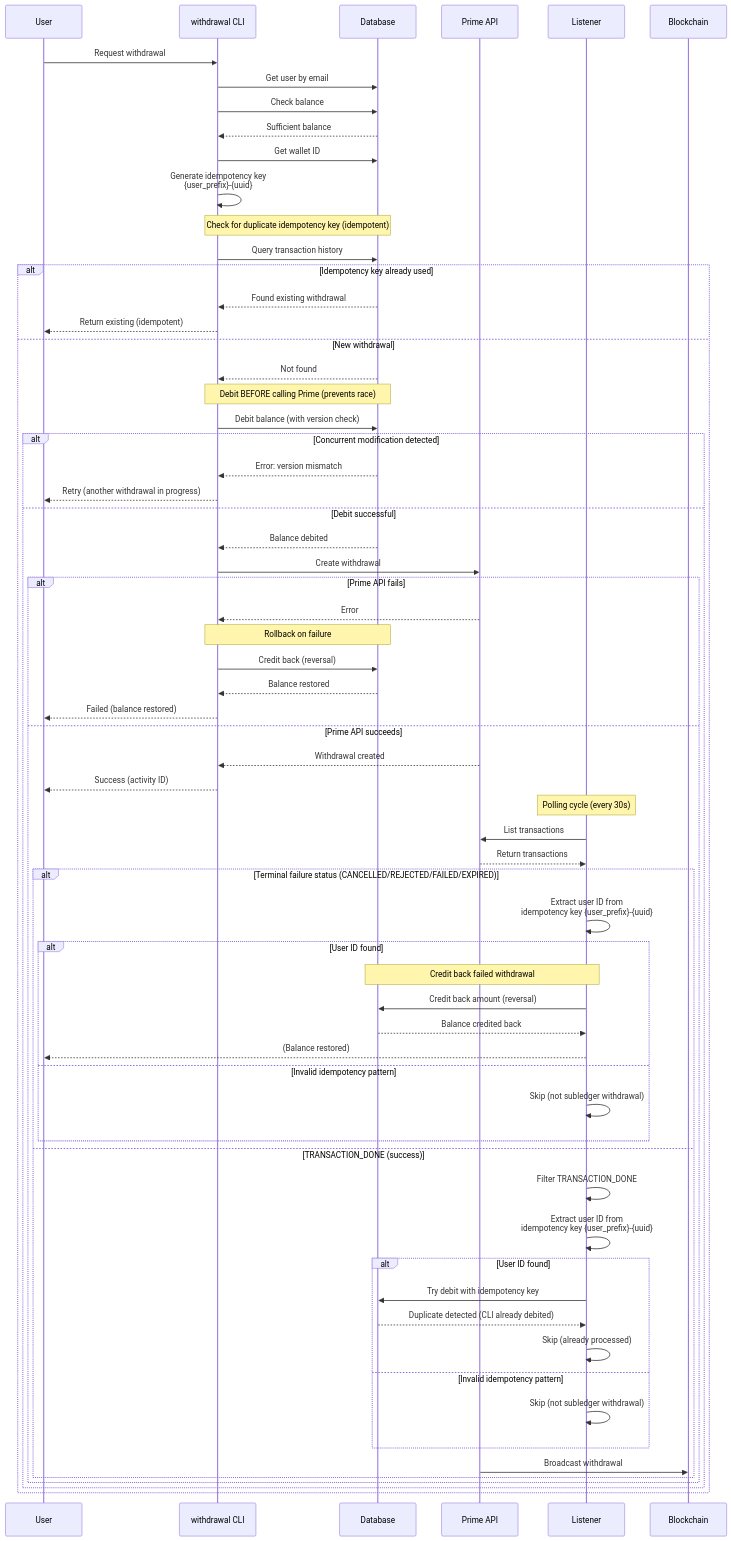
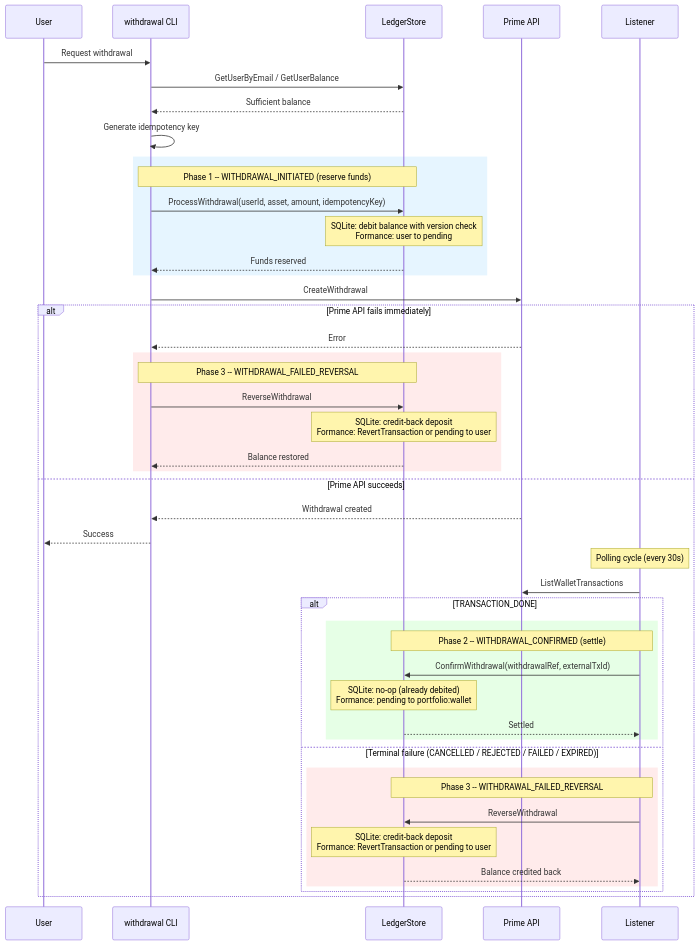
One commit to thierrycoopman/prime-send-receive-go changed the third of 5 diagrams in ARCHITECTURE.md. Above: the diagram before and after it, drawn with Mermaid. The commit also changed other lines of this file and 39 other files, not shown here.

First line of the commit message:
Enhance backend support and documentation for crypto deposit/withdrawal system

````diff
--- a/ARCHITECTURE.md
+++ b/ARCHITECTURE.md
@@ -75,74 +110,54 @@
 ```mermaid
 sequenceDiagram
     participant User
-    participant Withdrawal as withdrawal CLI
-    participant DB as Database
+    participant CLI as withdrawal CLI
+    participant Store as LedgerStore
     participant Prime as Prime API
     participant Listener
-    participant Blockchain
 
-    User->>Withdrawal: Request withdrawal
-    Withdrawal->>DB: Get user by email
-    Withdrawal->>DB: Check balance
-    DB-->>Withdrawal: Sufficient balance
-    Withdrawal->>DB: Get wallet ID
-    Withdrawal->>Withdrawal: Generate idempotency key<br/>{user_prefix}-{uuid}
+    User->>CLI: Request withdrawal
+    CLI->>Store: GetUserByEmail / GetUserBalance
+    Store-->>CLI: Sufficient balance
 
-    Note over Withdrawal,DB: Check for duplicate idempotency key (idempotent)
-    Withdrawal->>DB: Query transaction history
-    alt Idempotency key already used
-        DB-->>Withdrawal: Found existing withdrawal
-        Withdrawal-->>User: Return existing (idempotent)
-    else New withdrawal
-        DB-->>Withdrawal: Not found
+    CLI->>CLI: Generate idempotency key
 
-        Note over Withdrawal,DB: Debit BEFORE calling Prime (prevents race)
-        Withdrawal->>DB: Debit balance (with version check)
-        alt Concurrent modification detected
-            DB-->>Withdrawal: Error: version mismatch
-            Withdrawal-->>User: Retry (another withdrawal in progress)
-        else Debit successful
-            DB-->>Withdrawal: Balance debited
+    rect rgb(230, 245, 255)
+    Note over CLI,Store: Phase 1 -- WITHDRAWAL_INITIATED (reserve funds)
+    CLI->>Store: ProcessWithdrawal(userId, asset, amount, idempotencyKey)
+    Note over Store: SQLite: debit balance with version check<br/>Formance: user to pending
+    Store-->>CLI: Funds reserved
+    end
 
-            Withdrawal->>Prime: Create withdrawal
-            alt Prime API fails
-                Prime-->>Withdrawal: Error
-                Note over Withdrawal,DB: Rollback on failure
-                Withdrawal->>DB: Credit back (reversal)
-                DB-->>Withdrawal: Balance restored
-                Withdrawal-->>User: Failed (balance restored)
-            else Prime API succeeds
-                Prime-->>Withdrawal: Withdrawal created
-                Withdrawal-->>User: Success (activity ID)
+    CLI->>Prime: CreateWithdrawal
+    alt Prime API fails immediately
+        Prime-->>CLI: Error
+        rect rgb(255, 235, 235)
+        Note over CLI,Store: Phase 3 -- WITHDRAWAL_FAILED_REVERSAL
+        CLI->>Store: ReverseWithdrawal
+        Note over Store: SQLite: credit-back deposit<br/>Formance: RevertTransaction or pending to user
+        Store-->>CLI: Balance restored
+        end
+    else Prime API succeeds
+        Prime-->>CLI: Withdrawal created
+        CLI-->>User: Success
 
-                Note over Listener: Polling cycle (every 30s)
-                Listener->>Prime: List transactions
-                Prime-->>Listener: Return transactions
+        Note over Listener: Polling cycle (every 30s)
+        Listener->>Prime: ListWalletTransactions
 
-                alt Terminal failure status (CANCELLED/REJECTED/FAILED/EXPIRED)
-                    Listener->>Listener: Extract user ID from<br/>idempotency key {user_prefix}-{uuid}
-                    alt User ID found
-                        Note over Listener,DB: Credit back failed withdrawal
-                        Listener->>DB: Credit back amount (reversal)
-                        DB-->>Listener: Balance credited back
-                        Listener-->>User: (Balance restored)
-                    else Invalid idempotency pattern
-                        Listener->>Listener: Skip (not subledger withdrawal)
-                    end
-                else TRANSACTION_DONE (success)
-                    Listener->>Listener: Filter TRANSACTION_DONE
-                    Listener->>Listener: Extract user ID from<br/>idempotency key {user_prefix}-{uuid}
-                    alt User ID found
-                        Listener->>DB: Try debit with idempotency key
-                        DB-->>Listener: Duplicate detected (CLI already debited)
-                        Listener->>Listener: Skip (already processed)
-                    else Invalid idempotency pattern
-                        Listener->>Listener: Skip (not subledger withdrawal)
-                    end
-
-                    Prime->>Blockchain: Broadcast withdrawal
-                end
+        alt TRANSACTION_DONE
+            rect rgb(230, 255, 230)
+            Note over Listener,Store: Phase 2 -- WITHDRAWAL_CONFIRMED (settle)
+            Listener->>Store: ConfirmWithdrawal(withdrawalRef, externalTxId)
+            Note over Store: SQLite: no-op (already debited)<br/>Formance: pending to portfolio:wallet
+            Store-->>Listener: Settled
+            end
+        else Terminal failure (CANCELLED / REJECTED / FAILED / EXPIRED)
+            rect rgb(255, 235, 235)
+            Note over Listener,Store: Phase 3 -- WITHDRAWAL_FAILED_REVERSAL
+            Listener->>Store: ReverseWithdrawal
+            Note over Store: SQLite: credit-back deposit<br/>Formance: RevertTransaction or pending to user
+            Store-->>Listener: Balance credited back
             end
         end
     end
 ```
````
